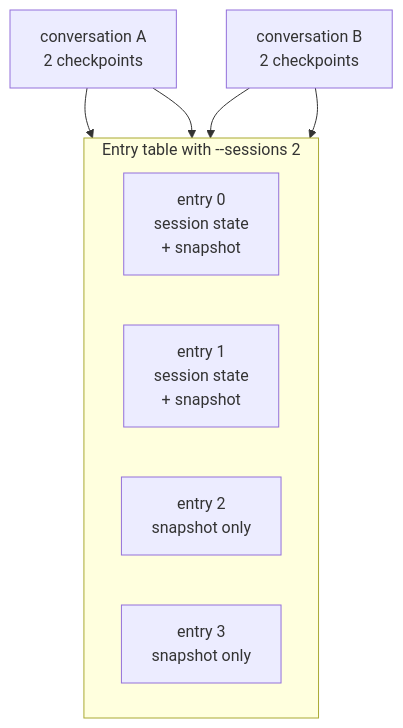
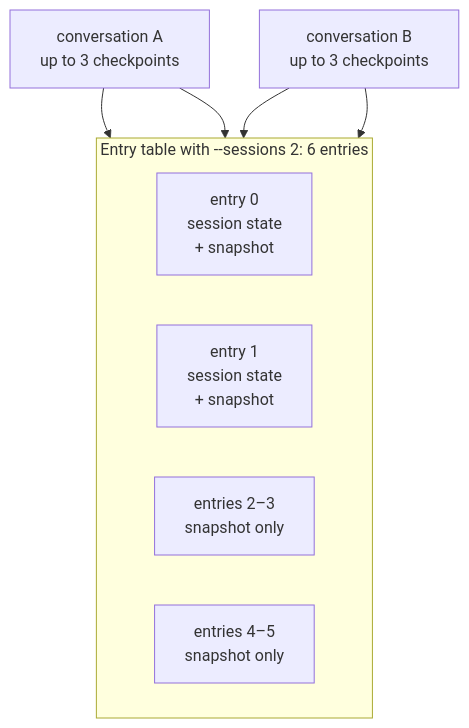
The third of 3 diagrams in docs/KV-CACHE.md (jerrydong1988/gufo-adapted), drawn with Mermaid before and after one commit. The commit also changed other lines of this file and 8 other files, not shown here.

````diff
--- a/docs/KV-CACHE.md
+++ b/docs/KV-CACHE.md
@@ -131,14 +133,14 @@
 ```mermaid
 flowchart TB
-  subgraph T["Entry table with --sessions 2"]
+  subgraph T["Entry table with --sessions 2: 6 entries"]
     direction LR
     S0["entry 0<br/>session state<br/>+ snapshot"]
     S1["entry 1<br/>session state<br/>+ snapshot"]
-    X2["entry 2<br/>snapshot only"]
-    X3["entry 3<br/>snapshot only"]
+    X2["entries 2–3<br/>snapshot only"]
+    X3["entries 4–5<br/>snapshot only"]
   end
-  C1["conversation A<br/>2 checkpoints"] --> S0
+  C1["conversation A<br/>up to 3 checkpoints"] --> S0
   C1 --> X2
-  C2["conversation B<br/>2 checkpoints"] --> S1
+  C2["conversation B<br/>up to 3 checkpoints"] --> S1
   C2 --> X3
 ```
````
